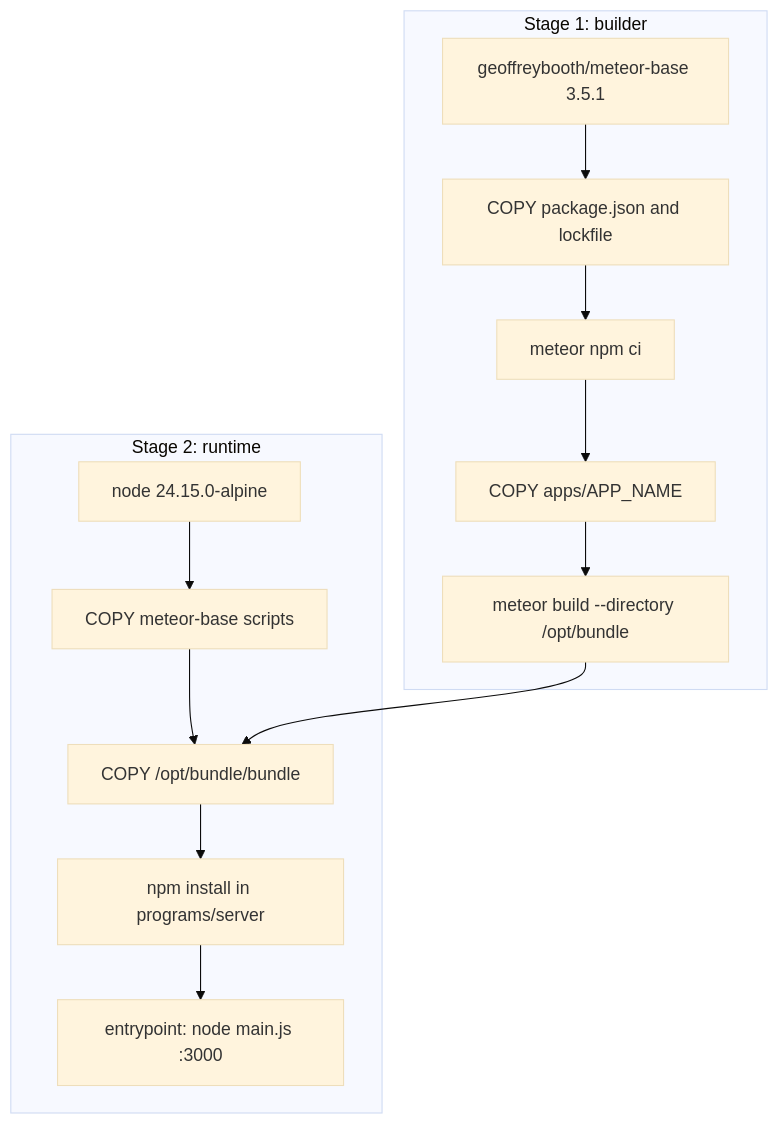
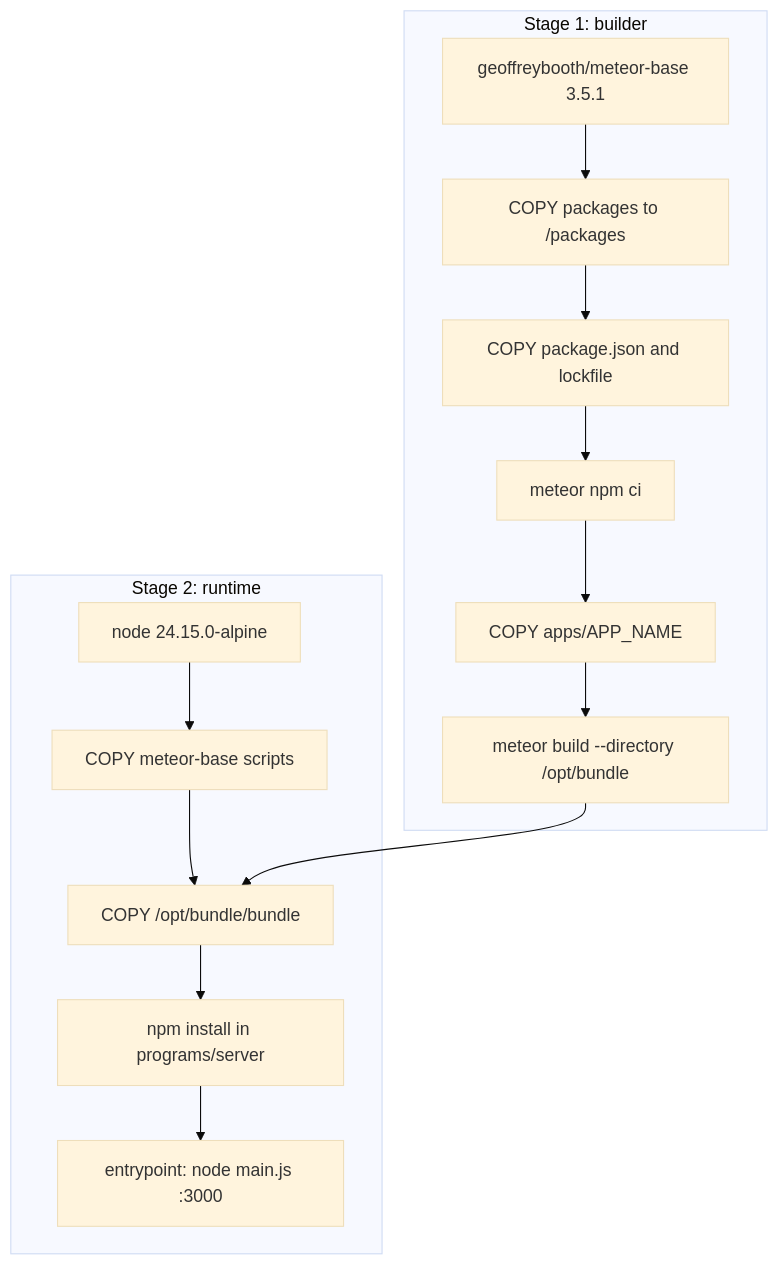
Before and after one commit to kasgarally/ik-nexus: the second of 3 diagrams in docker/README.md, drawn with Mermaid (base theme). The commit also changed other lines of this file and 19 other files, not shown here.

Commit message:
Enhance README with table of contents and NEXUS platform overview. Integrate @nexus/ui as a dependency in nexus-govrn app. Update Dockerfile to copy shared packages. Remove LocaleSelect component and refactor i18n setup to utilize @nexus/ui for localization.

````diff
--- a/docker/README.md
+++ b/docker/README.md
@@ -70,22 +75,23 @@
 ```mermaid
 flowchart TB
   subgraph builder [Stage 1: builder]
     base[geoffreybooth/meteor-base 3.5.1]
+    shared[COPY packages to /packages]
     pkgs[COPY package.json and lockfile]
     npmCi[meteor npm ci]
     src[COPY apps/APP_NAME]
     meteorBuild["meteor build --directory /opt/bundle"]
-    base --> pkgs --> npmCi --> src --> meteorBuild
+    base --> shared --> pkgs --> npmCi --> src --> meteorBuild
   end
 
   subgraph runtime [Stage 2: runtime]
     node[node 24.15.0-alpine]
     copyScripts[COPY meteor-base scripts]
     copyBundle[COPY /opt/bundle/bundle]
     serverNpm[npm install in programs/server]
     start["entrypoint: node main.js :3000"]
     node --> copyScripts --> copyBundle --> serverNpm --> start
   end
 
   meteorBuild --> copyBundle
 ```
````
